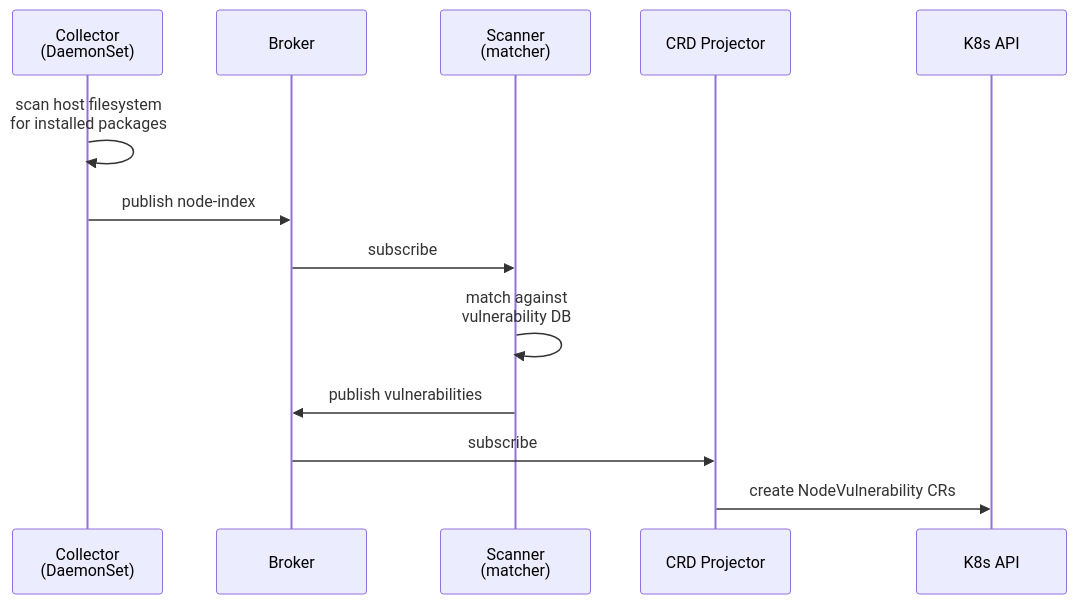
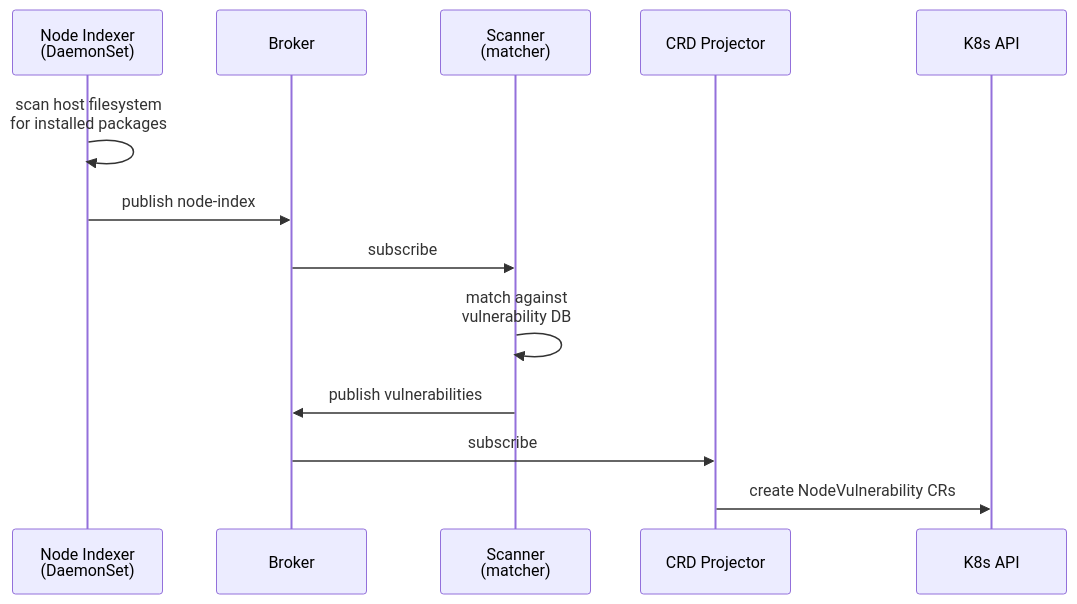
One commit to kylape/acs-next changed the second of 2 diagrams in docs/architecture/crds.md. Above: the diagram before and after it, drawn with Mermaid.

Commit message:
Decouple Node Indexer from Collector in diagram
Node Indexer is a separate component, not part of Collector.

````diff
--- a/docs/architecture/crds.md
+++ b/docs/architecture/crds.md
@@ -278,16 +278,16 @@
 ```mermaid
 sequenceDiagram
-    participant Collector as Collector<br/>(DaemonSet)
+    participant Indexer as Node Indexer<br/>(DaemonSet)
     participant Broker
     participant Scanner as Scanner<br/>(matcher)
     participant Projector as CRD Projector
     participant API as K8s API
 
-    Collector->>Collector: scan host filesystem<br/>for installed packages
-    Collector->>Broker: publish node-index
+    Indexer->>Indexer: scan host filesystem<br/>for installed packages
+    Indexer->>Broker: publish node-index
     Broker->>Scanner: subscribe
     Scanner->>Scanner: match against<br/>vulnerability DB
     Scanner->>Broker: publish vulnerabilities
     Broker->>Projector: subscribe
     Projector->>API: create NodeVulnerability CRs
 ```
````
